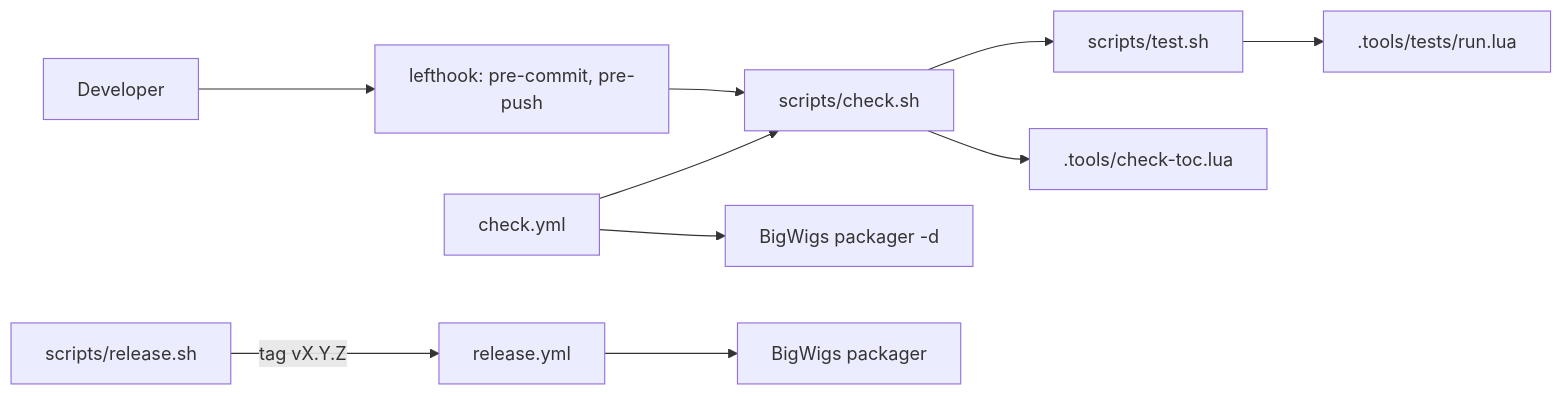
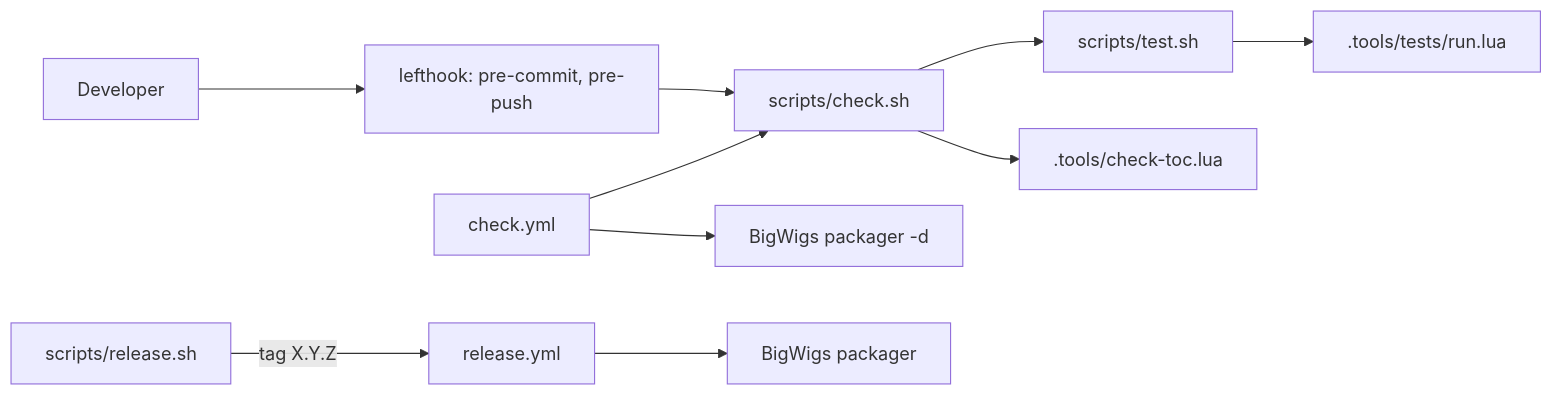
The diagram in docs/4. Deep Dive/Tooling and Tests.md (lkshrk/KlausisLittleHelpers), drawn with Mermaid before and after one commit. The commit also changed other lines of this file and 5 other files, not shown here.

First line of the commit message:
chore(release): tag releases as X.Y.Z without a v prefix

````diff
--- a/docs/4. Deep Dive/Tooling and Tests.md
+++ b/docs/4. Deep Dive/Tooling and Tests.md
@@ -17,12 +17,12 @@
 ```mermaid
 graph LR
     DEV["Developer"] --> LH["lefthook: pre-commit, pre-push"]
     LH --> CK["scripts/check.sh"]
     CK --> TS["scripts/test.sh"]
     TS --> RN[".tools/tests/run.lua"]
     CK --> CT[".tools/check-toc.lua"]
     CI["check.yml"] --> CK
     CI --> PK["BigWigs packager -d"]
-    REL["scripts/release.sh"] -->|"tag vX.Y.Z"| RW["release.yml"]
+    REL["scripts/release.sh"] -->|"tag X.Y.Z"| RW["release.yml"]
     RW --> PK2["BigWigs packager"]
 ```
````
